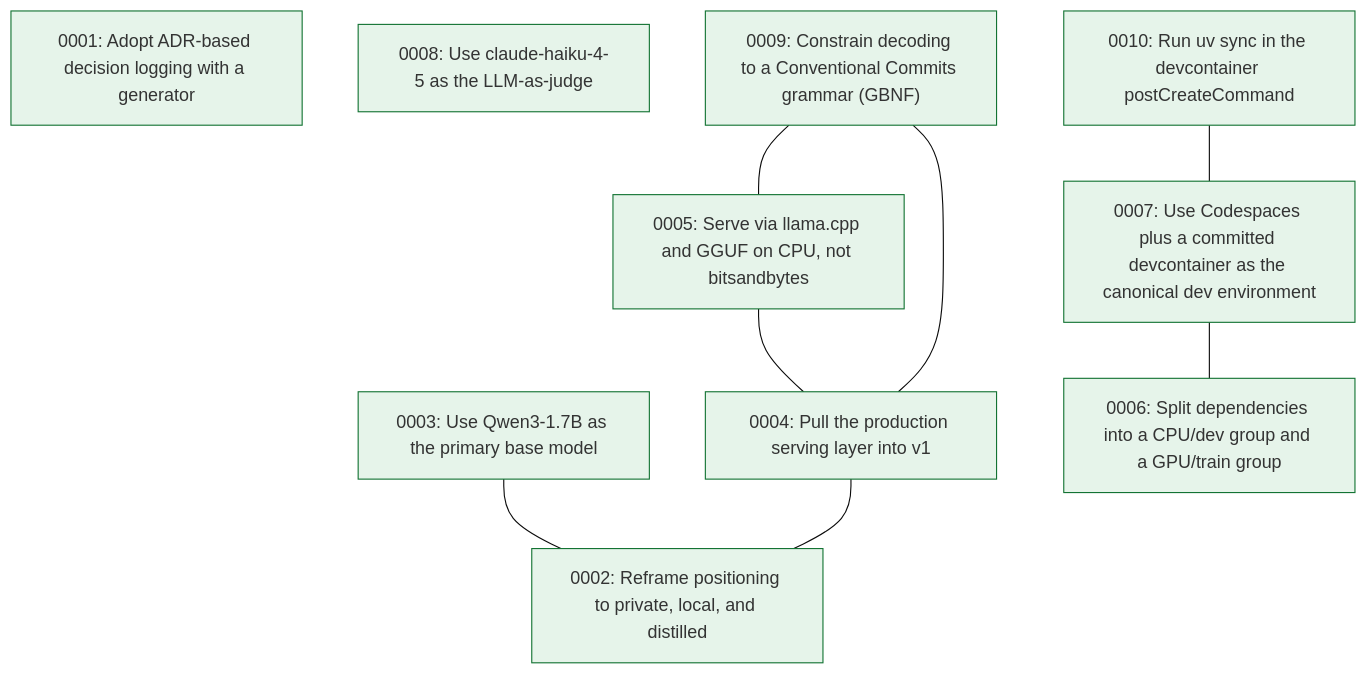
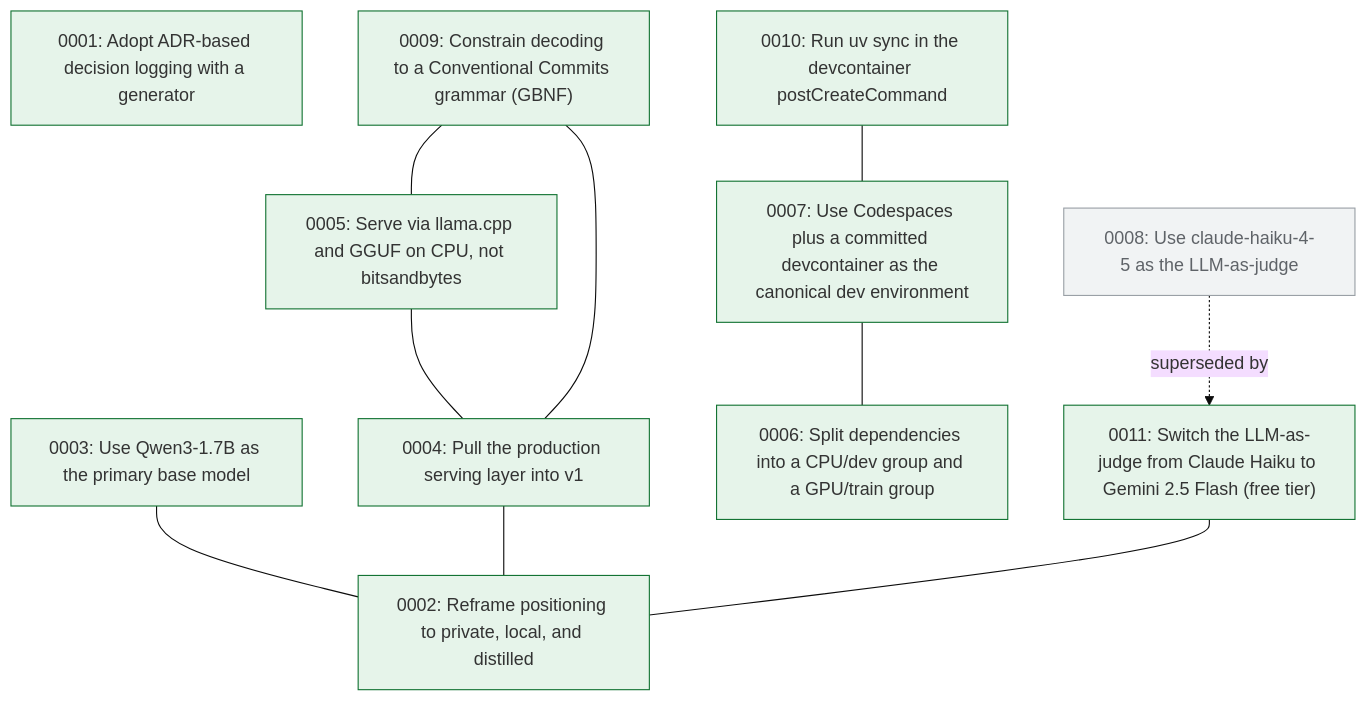
Before and after one commit to marzoukbaig14/Committed: the diagram in docs/decision-tree.md, drawn with Mermaid (base theme). The commit also changed 8 other files, not shown here.

Commit message:
docs: add README, MASTER, ROADMAP; complete ADR 0011 judge switch to Gemini free tier

````diff
--- a/docs/decision-tree.md
+++ b/docs/decision-tree.md
@@ -5,24 +5,27 @@
 ```mermaid
 graph TD
   n0001["0001: Adopt ADR-based decision logging with a generator"]:::accepted
   n0002["0002: Reframe positioning to private, local, and distilled"]:::accepted
   n0003["0003: Use Qwen3-1.7B as the primary base model"]:::accepted
   n0004["0004: Pull the production serving layer into v1"]:::accepted
   n0005["0005: Serve via llama.cpp and GGUF on CPU, not bitsandbytes"]:::accepted
   n0006["0006: Split dependencies into a CPU/dev group and a GPU/train group"]:::accepted
   n0007["0007: Use Codespaces plus a committed devcontainer as the canonical dev environment"]:::accepted
-  n0008["0008: Use claude-haiku-4-5 as the LLM-as-judge"]:::accepted
+  n0008["0008: Use claude-haiku-4-5 as the LLM-as-judge"]:::superseded
   n0009["0009: Constrain decoding to a Conventional Commits grammar (GBNF)"]:::accepted
   n0010["0010: Run uv sync in the devcontainer postCreateCommand"]:::accepted
+  n0011["0011: Switch the LLM-as-judge from Claude Haiku to Gemini 2.5 Flash (free tier)"]:::accepted
   n0003 --- n0002
   n0004 --- n0002
   n0005 --- n0004
   n0007 --- n0006
   n0009 --- n0004
   n0009 --- n0005
   n0010 --- n0007
+  n0008 -. superseded by .-> n0011
+  n0011 --- n0002
   classDef proposed fill:#fff7e6,stroke:#d4a017;
   classDef accepted fill:#e6f4ea,stroke:#137333;
   classDef superseded fill:#f1f3f4,stroke:#9aa0a6,color:#5f6368;
   classDef deprecated fill:#fce8e6,stroke:#c5221f,color:#5f6368;
 ```
````
